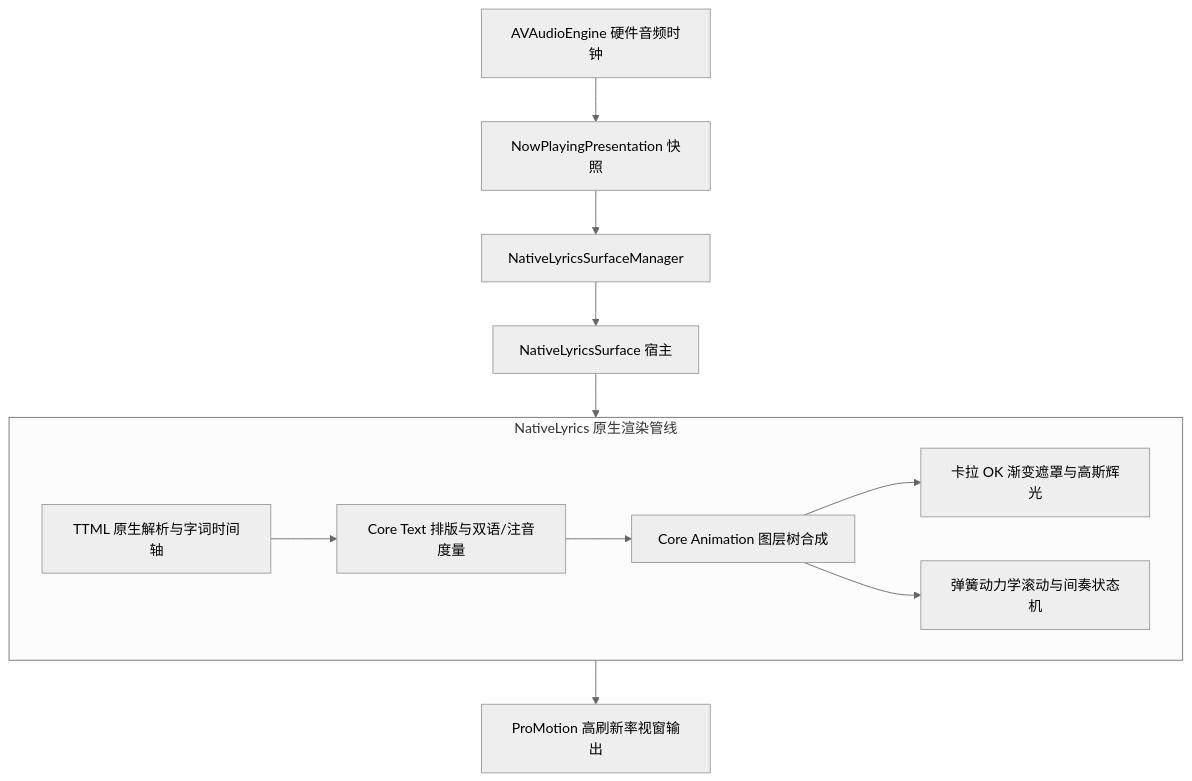
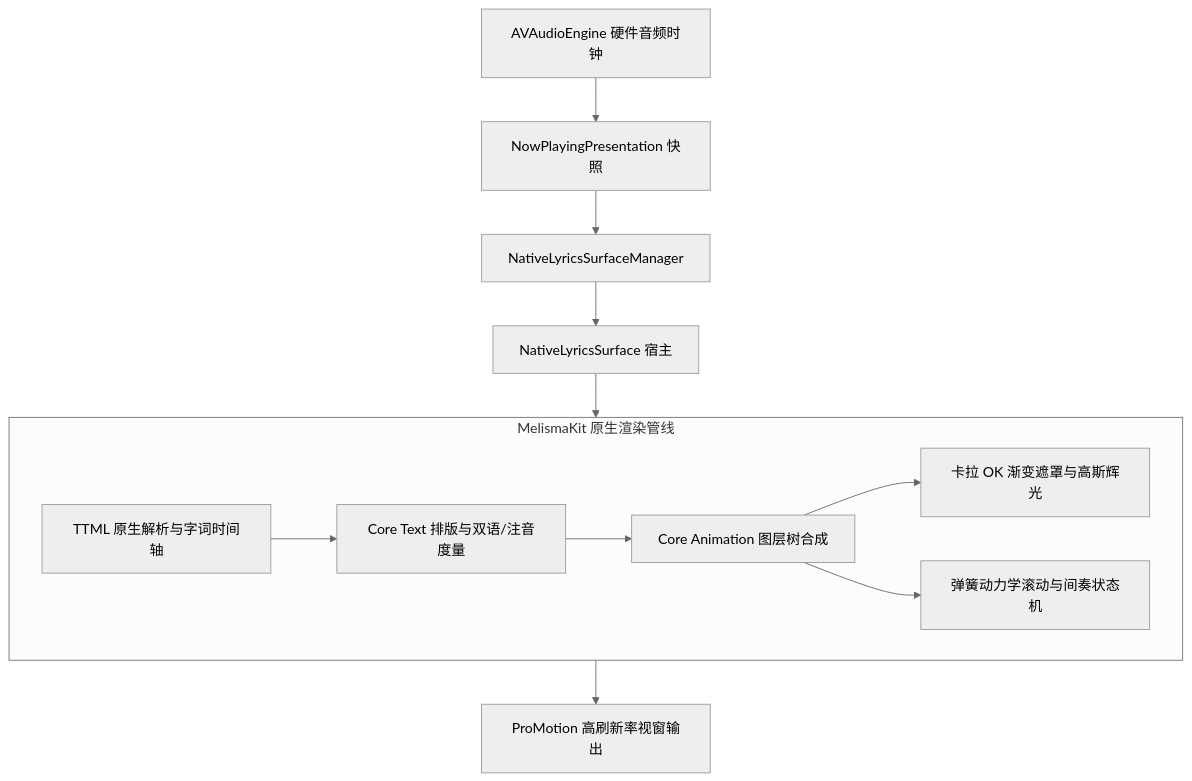
One commit to kmgcc/kmgccc_player changed the diagram in docs/native-lyrics.md. Above: the diagram before and after it, drawn with Mermaid (neutral theme). The commit also changed other lines of this file and 35 other files, not shown here.

````diff
--- a/docs/native-lyrics.md
+++ b/docs/native-lyrics.md
@@ -9,16 +9,16 @@
 ```mermaid
 flowchart TD
     AudioClock["AVAudioEngine 硬件音频时钟"] --> Presentation["NowPlayingPresentation 快照"]
     Presentation --> NativeManager["NativeLyricsSurfaceManager"]
     NativeManager --> Surface["NativeLyricsSurface 宿主"]
     
-    subgraph Engine["NativeLyrics 原生渲染管线"]
+    subgraph Engine["MelismaKit 原生渲染管线"]
         TTML["TTML 原生解析与字词时间轴"] --> Layout["Core Text 排版与双语/注音度量"]
         Layout --> RenderLayer["Core Animation 图层树合成"]
         RenderLayer --> Shaders["卡拉 OK 渐变遮罩与高斯辉光"]
         RenderLayer --> Motion["弹簧动力学滚动与间奏状态机"]
     end
     
     Surface --> Engine
     Engine --> Display["ProMotion 高刷新率视窗输出"]
 ```
````
